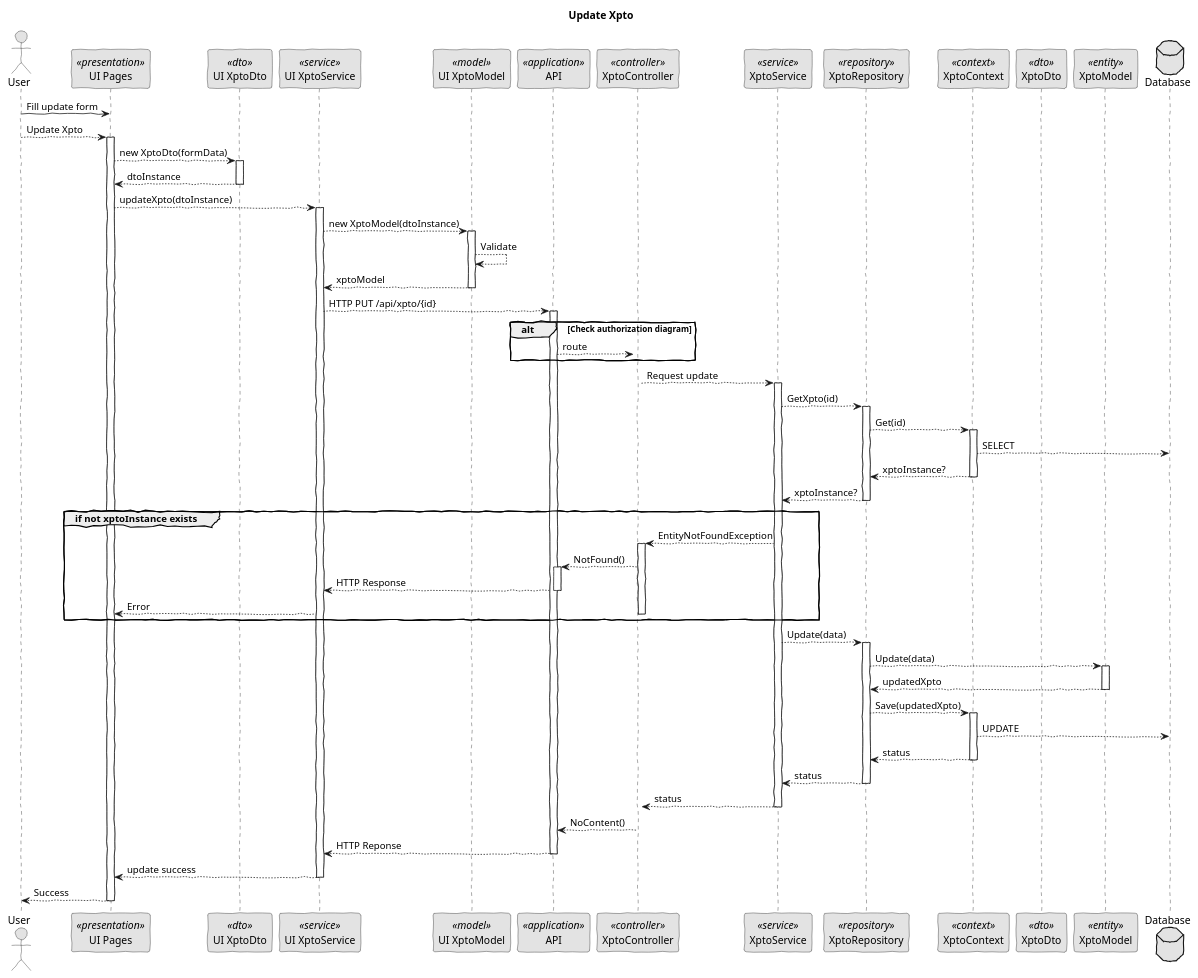
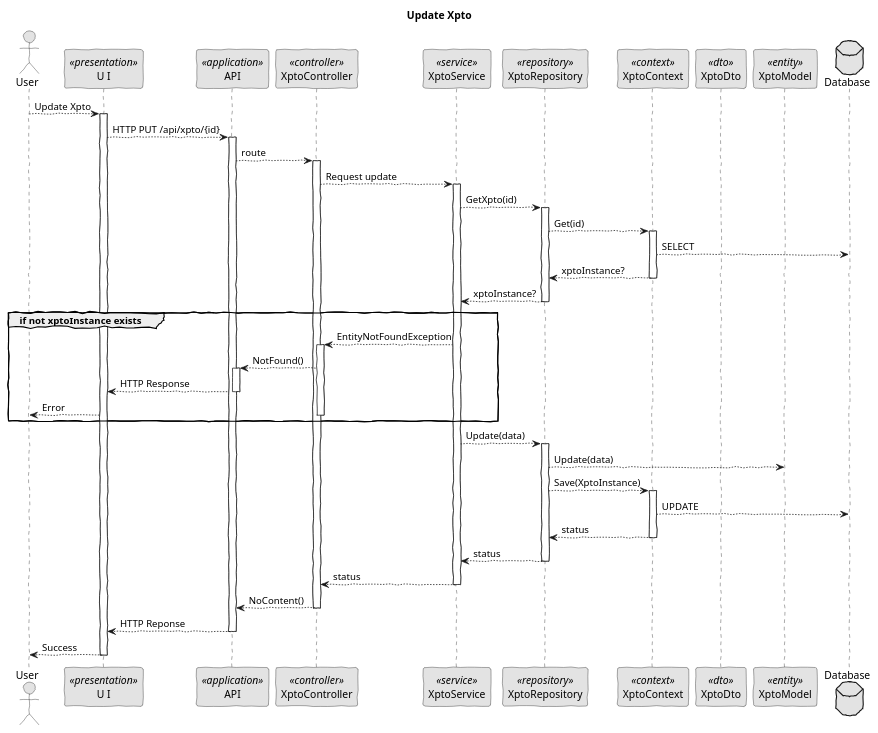
One commit to BernasDzn/portit changed the diagram in docs/sprint_2/global_artifacts/arquitecture/level_4/process_views/l4_process_view_put.puml. Above: the diagram before and after it, drawn with PlantUML. The commit also changed 13 other files, not shown here.

```diff
--- a/docs/sprint_2/global_artifacts/arquitecture/level_4/process_views/l4_process_view_put.puml
+++ b/docs/sprint_2/global_artifacts/arquitecture/level_4/process_views/l4_process_view_put.puml
@@ -1,108 +1,84 @@
 @startuml sequence_diagram_put
 skinparam handwritten true
 skinparam monochrome true
 skinparam packageStyle rect
 skinparam defaultFontName FG Virgil
 skinparam shadowing false
 
 actor User as Actor
-participant "UI Pages" as UI <<presentation>>
-participant "UI XptoDto" as UiDto <<dto>>
-participant "UI XptoService" as UiService <<service>>
-participant "UI XptoModel" as UiModel <<model>>
+participant "U I" as UI <<presentation>>
 participant API as API <<application>>
 participant XptoController as Controller <<controller>>
 participant XptoService as Service <<service>>
 participant XptoRepository as Repository <<repository>>
 participant XptoContext as Context <<context>>
 participant XptoDto as Dto <<dto>>
 participant XptoModel as Model <<entity>>
 database Database
 
 title Update Xpto
 
-Actor -> UI: Fill update form
 Actor --> UI: Update Xpto
 activate UI
 
-    UI --> UiDto: new XptoDto(formData)
-    activate UiDto
-        UiDto --> UI: dtoInstance
-    deactivate UiDto
+    UI --> API: HTTP PUT /api/xpto/{id}
 
-    UI --> UiService: updateXpto(dtoInstance)
-    activate UiService
+    activate API
 
-        UiService --> UiModel: new XptoModel(dtoInstance)
-        activate UiModel
-            UiModel --> UiModel: Validate
-            UiModel --> UiService: xptoModel
-        deactivate UiModel
+        API --> Controller: route
+        activate Controller
 
-        UiService --> API: HTTP PUT /api/xpto/{id}
-        activate API
+            Controller --> Service: Request update
+            activate Service
 
-            alt Check authorization diagram
-                API --> Controller: route
-            end
-            activate Controller
+                Service --> Repository: GetXpto(id)
+                activate Repository
+                
+                    Repository --> Context: Get(id)
 
-                Controller --> Service: Request update
-                activate Service
+                    activate Context
+                        Context --> Database: SELECT
+                        Context --> Repository: xptoInstance?
+                    deactivate Context
 
-                    Service --> Repository: GetXpto(id)
-                    activate Repository
-                    
-                        Repository --> Context: Get(id)
-                        activate Context
-                            Context --> Database: SELECT
-                            Context --> Repository: xptoInstance?
-                        deactivate Context
+                    Repository --> Service: xptoInstance?
+                deactivate Repository
 
-                        Repository --> Service: xptoInstance?
-                    deactivate Repository
+                group if not xptoInstance exists
+                    Service --> Controller: EntityNotFoundException 
+                    activate Controller
+                        Controller --> API: NotFound()
+                        activate API
+                            API --> UI: HTTP Response
+                        deactivate API
+                        UI --> Actor: Error
+                    deactivate Controller
+                end
 
-                    group if not xptoInstance exists
-                        Service --> Controller: EntityNotFoundException 
-                        activate Controller
-                            Controller --> API: NotFound()
-                            activate API
-                                API --> UiService: HTTP Response
-                            deactivate API
-                            UiService --> UI: Error
-                        deactivate Controller
-                    end
+                Service --> Repository: Update(data)
+                activate Repository
+                
+                    Repository --> Model: Update(data)
+                    Repository --> Context: Save(XptoInstance)
 
-                    Service --> Repository: Update(data)
-                    activate Repository
-                    
-                        Repository --> Model: Update(data)
-                        activate Model
-                            Model --> Repository: updatedXpto
-                        deactivate Model
-                        
-                        Repository --> Context: Save(updatedXpto)
-                        activate Context
-                            Context --> Database: UPDATE
-                            Context --> Repository: status
-                        deactivate Context
+                    activate Context
+                        Context --> Database: UPDATE
+                        Context --> Repository: status
+                    deactivate Context
 
-                        Repository --> Service: status
-                    deactivate Repository
+                    Repository --> Service: status
+                deactivate Repository
 
-                    Service --> Controller: status
-                deactivate Service
+                Service --> Controller: status
+            deactivate Service
 
-                Controller --> API: NoContent()
-            deactivate Controller
+            Controller --> API: NoContent()
+        deactivate Controller
 
-            API --> UiService: HTTP Reponse
-        deactivate API
-
-        UiService --> UI: update success
-    deactivate UiService
+        API --> UI: HTTP Reponse
+    deactivate API
 
 UI --> Actor: Success
 deactivate UI
-
+            
 @enduml
```
